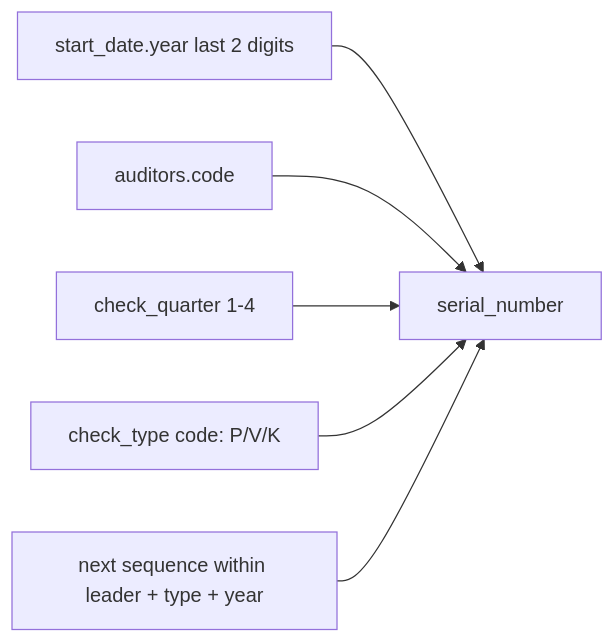
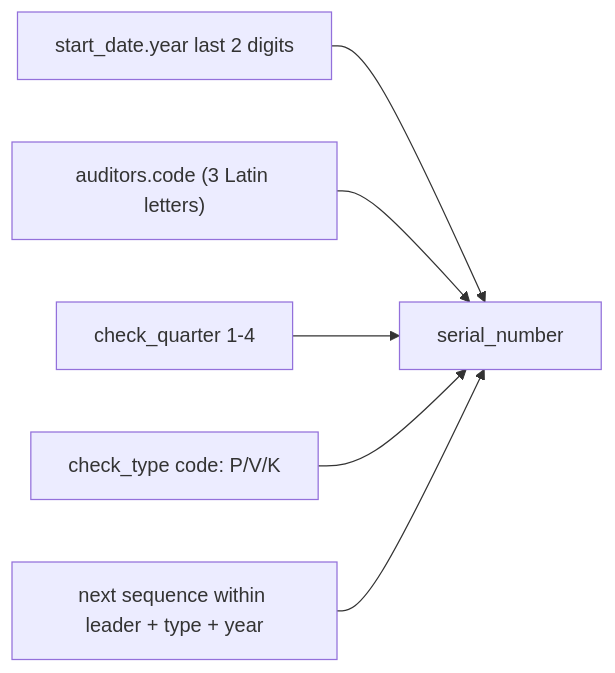
One commit to sweetd0vee/sokol changed the third of 7 diagrams in sokol-backend/docs/DATABASE_SCHEMA.md. Above: the diagram before and after it, drawn with Mermaid. The commit also changed other lines of this file and 25 other files, not shown here.

````diff
--- a/sokol-backend/docs/DATABASE_SCHEMA.md
+++ b/sokol-backend/docs/DATABASE_SCHEMA.md
@@ -179,8 +183,8 @@
 ```mermaid
 flowchart LR
     YEAR[start_date.year last 2 digits] --> KEY[serial_number]
-    LEADER[auditors.code] --> KEY
+    LEADER["auditors.code (3 Latin letters)"] --> KEY
     QUARTER[check_quarter 1-4] --> KEY
     TYPE[check_type code: P/V/K] --> KEY
     N[next sequence within leader + type + year] --> KEY
 ```
````
